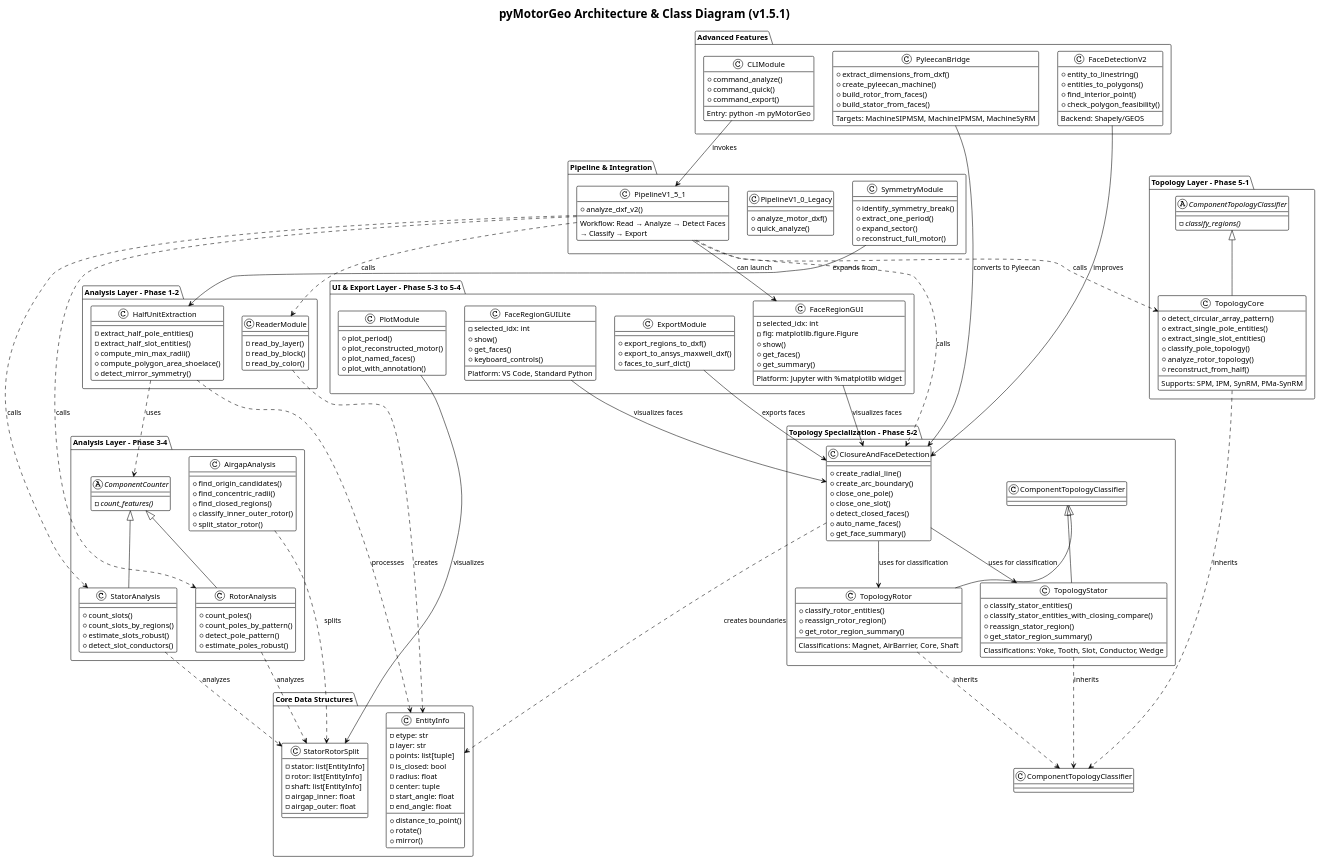
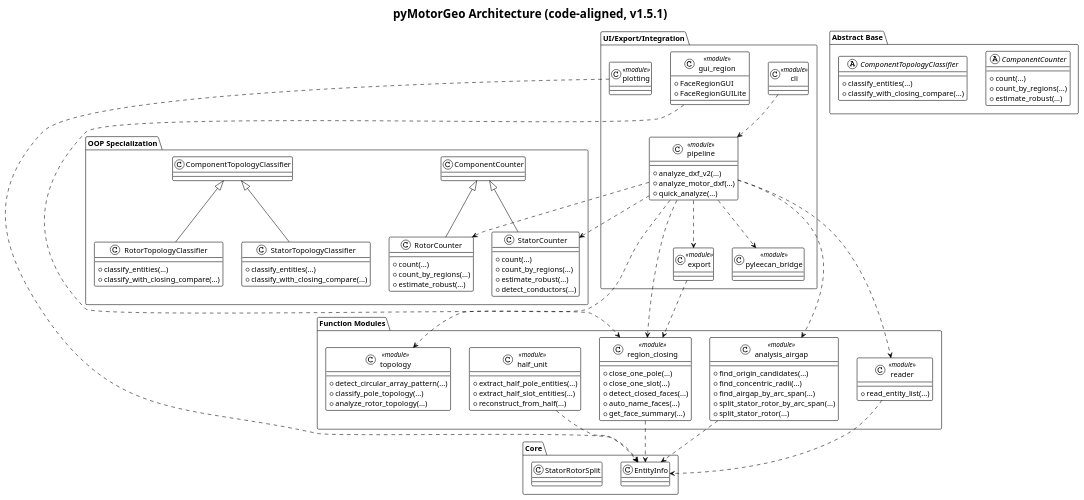
One commit to enjoyneer87/eMach changed the diagram in Class/pyMotorGeo_Architecture.puml. Above: the diagram before and after it, drawn with PlantUML. The commit also changed 45 other files, not shown here.

```diff
--- a/Class/pyMotorGeo_Architecture.puml
+++ b/Class/pyMotorGeo_Architecture.puml
@@ -1,238 +1,118 @@
 @startuml pyMotorGeo_Architecture
 !theme plain
-title pyMotorGeo Architecture & Class Diagram (v1.5.1)
+title pyMotorGeo Architecture (code-aligned, v1.5.1)
 
-package "Core Data Structures" {
-    class EntityInfo {
-        - etype: str
-        - layer: str
-        - points: list[tuple]
-        - is_closed: bool
-        - radius: float
-        - center: tuple
-        - start_angle: float
-        - end_angle: float
-        --
-        + distance_to_point()
-        + rotate()
-        + mirror()
+package "Core" {
+    class EntityInfo
+    class StatorRotorSplit
+}
+
+package "Abstract Base" {
+    abstract class ComponentCounter {
+        +count(...)
+        +count_by_regions(...)
+        +estimate_robust(...)
     }
 
-    class StatorRotorSplit {
-        - stator: list[EntityInfo]
-        - rotor: list[EntityInfo]
-        - shaft: list[EntityInfo]
-        - airgap_inner: float
-        - airgap_outer: float
+    abstract class ComponentTopologyClassifier {
+        +classify_entities(...)
+        +classify_with_closing_compare(...)
     }
 }
 
-package "Analysis Layer - Phase 1-2" {
-    class ReaderModule {
-        - read_by_layer()
-        - read_by_block()
-        - read_by_color()
+package "Function Modules" {
+    class reader <<module>> {
+        +read_entity_list(...)
     }
 
-    class HalfUnitExtraction {
-        - extract_half_pole_entities()
-        - extract_half_slot_entities()
-        + compute_min_max_radii()
-        + compute_polygon_area_shoelace()
-        + detect_mirror_symmetry()
+    class analysis_airgap <<module>> {
+        +find_origin_candidates(...)
+        +find_concentric_radii(...)
+        +find_airgap_by_arc_span(...)
+        +split_stator_rotor_by_arc_span(...)
+        +split_stator_rotor(...)
+    }
+
+    class topology <<module>> {
+        +detect_circular_array_pattern(...)
+        +classify_pole_topology(...)
+        +analyze_rotor_topology(...)
+    }
+
+    class half_unit <<module>> {
+        +extract_half_pole_entities(...)
+        +extract_half_slot_entities(...)
+        +reconstruct_from_half(...)
+    }
+
+    class region_closing <<module>> {
+        +close_one_pole(...)
+        +close_one_slot(...)
+        +detect_closed_faces(...)
+        +auto_name_faces(...)
+        +get_face_summary(...)
     }
 }
 
-package "Analysis Layer - Phase 3-4" {
-    abstract class ComponentCounter {
-        - {abstract} count_features()
+package "OOP Specialization" {
+    class RotorCounter extends ComponentCounter {
+        +count(...)
+        +count_by_regions(...)
+        +estimate_robust(...)
     }
 
-    class RotorAnalysis extends ComponentCounter {
-        + count_poles()
-        + count_poles_by_pattern()
-        + detect_pole_pattern()
-        + estimate_poles_robust()
+    class StatorCounter extends ComponentCounter {
+        +count(...)
+        +count_by_regions(...)
+        +estimate_robust(...)
+        +detect_conductors(...)
     }
 
-    class StatorAnalysis extends ComponentCounter {
-        + count_slots()
-        + count_slots_by_regions()
-        + estimate_slots_robust()
-        + detect_slot_conductors()
+    class RotorTopologyClassifier extends ComponentTopologyClassifier {
+        +classify_entities(...)
+        +classify_with_closing_compare(...)
     }
 
-    class AirgapAnalysis {
-        + find_origin_candidates()
-        + find_concentric_radii()
-        + find_closed_regions()
-        + classify_inner_outer_rotor()
-        + split_stator_rotor()
+    class StatorTopologyClassifier extends ComponentTopologyClassifier {
+        +classify_entities(...)
+        +classify_with_closing_compare(...)
     }
 }
 
-package "Topology Layer - Phase 5-1" {
-    abstract class ComponentTopologyClassifier {
-        - {abstract} classify_regions()
+package "UI/Export/Integration" {
+    class gui_region <<module>> {
+        +FaceRegionGUI
+        +FaceRegionGUILite
     }
 
-    class TopologyCore extends ComponentTopologyClassifier {
-        + detect_circular_array_pattern()
-        + extract_single_pole_entities()
-        + extract_single_slot_entities()
-        + classify_pole_topology()
-        + analyze_rotor_topology()
-        + reconstruct_from_half()
-        --
-        Supports: SPM, IPM, SynRM, PMa-SynRM
+    class plotting <<module>>
+    class export <<module>>
+    class pyleecan_bridge <<module>>
+    class pipeline <<module>> {
+        +analyze_dxf_v2(...)
+        +analyze_motor_dxf(...)
+        +quick_analyze(...)
     }
+    class cli <<module>>
 }
 
-package "Topology Specialization - Phase 5-2" {
-    class TopologyStator extends ComponentTopologyClassifier {
-        + classify_stator_entities()
-        + classify_stator_entities_with_closing_compare()
-        + reassign_stator_region()
-        + get_stator_region_summary()
-        --
-        Classifications: Yoke, Tooth, Slot, Conductor, Wedge
-    }
+reader ..> EntityInfo
+analysis_airgap ..> EntityInfo
+half_unit ..> EntityInfo
+region_closing ..> EntityInfo
 
-    class TopologyRotor extends ComponentTopologyClassifier {
-        + classify_rotor_entities()
-        + reassign_rotor_region()
-        + get_rotor_region_summary()
-        --
-        Classifications: Magnet, AirBarrier, Core, Shaft
-    }
+pipeline ..> reader
+pipeline ..> analysis_airgap
+pipeline ..> RotorCounter
+pipeline ..> StatorCounter
+pipeline ..> topology
+pipeline ..> region_closing
+pipeline ..> export
+pipeline ..> pyleecan_bridge
 
-    class ClosureAndFaceDetection {
-        + create_radial_line()
-        + create_arc_boundary()
-        + close_one_pole()
-        + close_one_slot()
-        + detect_closed_faces()
-        + auto_name_faces()
-        + get_face_summary()
-    }
-}
-
-package "UI & Export Layer - Phase 5-3 to 5-4" {
-    class FaceRegionGUI {
-        - selected_idx: int
-        - fig: matplotlib.figure.Figure
-        + show()
-        + get_faces()
-        + get_summary()
-        --
-        Platform: Jupyter with %matplotlib widget
-    }
-
-    class FaceRegionGUILite {
-        - selected_idx: int
-        + show()
-        + get_faces()
-        + keyboard_controls()
-        --
-        Platform: VS Code, Standard Python
-    }
-
-    class PlotModule {
-        + plot_period()
-        + plot_reconstructed_motor()
-        + plot_named_faces()
-        + plot_with_annotation()
-    }
-
-    class ExportModule {
-        + export_regions_to_dxf()
-        + export_to_ansys_maxwell_dxf()
-        + faces_to_surf_dict()
-    }
-}
-
-package "Pipeline & Integration" {
-    class PipelineV1_5_1 {
-        + analyze_dxf_v2()
-        --
-        Workflow: Read → Analyze → Detect Faces
-        → Classify → Export
-    }
-
-    class PipelineV1_0_Legacy {
-        + analyze_motor_dxf()
-        + quick_analyze()
-    }
-
-    class SymmetryModule {
-        + identify_symmetry_break()
-        + extract_one_period()
-        + expand_sector()
-        + reconstruct_full_motor()
-    }
-}
-
-package "Advanced Features" {
-    class FaceDetectionV2 {
-        + entity_to_linestring()
-        + entities_to_polygons()
-        + find_interior_point()
-        + check_polygon_feasibility()
-        --
-        Backend: Shapely/GEOS
-    }
-
-    class PyleecanBridge {
-        + extract_dimensions_from_dxf()
-        + create_pyleecan_machine()
-        + build_rotor_from_faces()
-        + build_stator_from_faces()
-        --
-        Targets: MachineSIPMSM, MachineIPMSM, MachineSyRM
-    }
-
-    class CLIModule {
-        + command_analyze()
-        + command_quick()
-        + command_export()
-        --
-        Entry: python -m pyMotorGeo
-    }
-}
-
-' Relationships
-ReaderModule ..> EntityInfo : creates
-HalfUnitExtraction ..> EntityInfo : processes
-HalfUnitExtraction ..> ComponentCounter : uses
-
-RotorAnalysis ..> StatorRotorSplit : analyzes
-StatorAnalysis ..> StatorRotorSplit : analyzes
-AirgapAnalysis ..> StatorRotorSplit : splits
-
-TopologyCore ..> ComponentTopologyClassifier : inherits
-TopologyStator ..> ComponentTopologyClassifier : inherits
-TopologyRotor ..> ComponentTopologyClassifier : inherits
-
-ClosureAndFaceDetection ..> EntityInfo : creates boundaries
-ClosureAndFaceDetection --> TopologyStator : uses for classification
-ClosureAndFaceDetection --> TopologyRotor : uses for classification
-
-FaceRegionGUI --> ClosureAndFaceDetection : visualizes faces
-FaceRegionGUILite --> ClosureAndFaceDetection : visualizes faces
-PlotModule --> StatorRotorSplit : visualizes
-ExportModule --> ClosureAndFaceDetection : exports faces
-
-PipelineV1_5_1 ..> ReaderModule : calls
-PipelineV1_5_1 ..> RotorAnalysis : calls
-PipelineV1_5_1 ..> StatorAnalysis : calls
-PipelineV1_5_1 ..> TopologyCore : calls
-PipelineV1_5_1 ..> ClosureAndFaceDetection : calls
-PipelineV1_5_1 --> FaceRegionGUI : can launch
-
-SymmetryModule --> HalfUnitExtraction : expands from
-
-FaceDetectionV2 --> ClosureAndFaceDetection : improves
-PyleecanBridge --> ClosureAndFaceDetection : converts to Pyleecan
-CLIModule --> PipelineV1_5_1 : invokes
+gui_region ..> region_closing
+plotting ..> EntityInfo
+export ..> region_closing
+cli ..> pipeline
 
 @enduml
```
